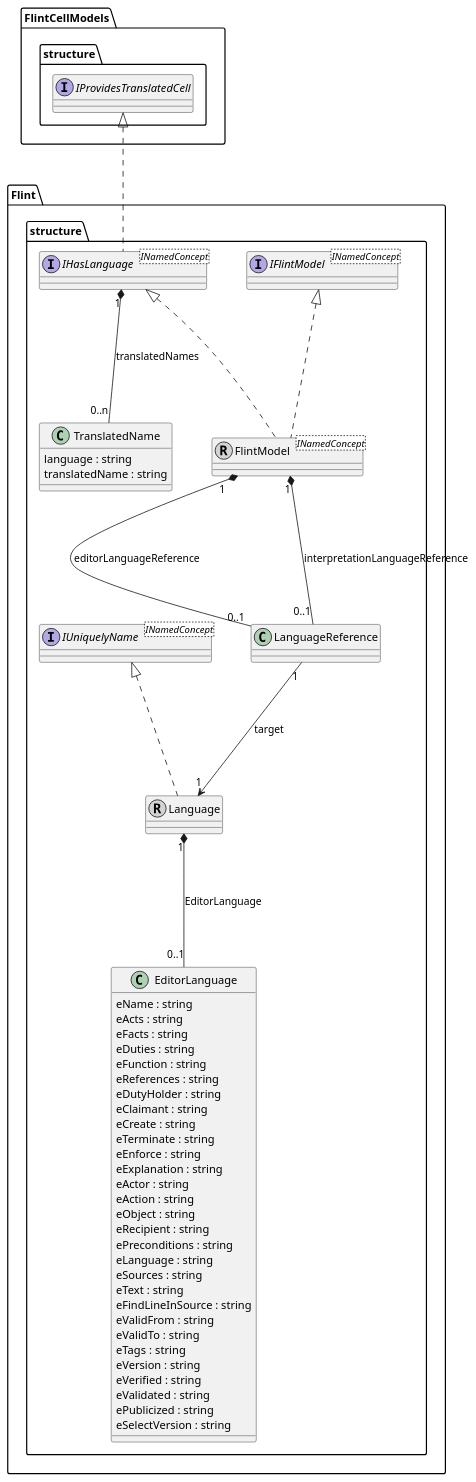
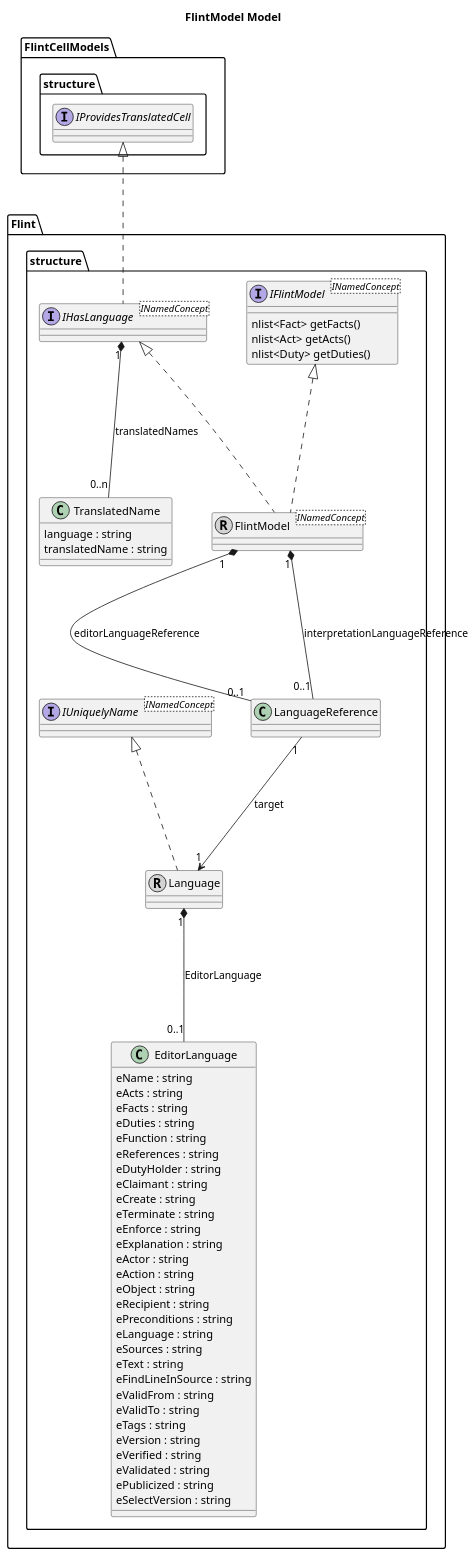
One commit to discipl/flinteditor-mps changed the diagram in docs/uml/flintmodel-model.puml. Above: the diagram before and after it, drawn with PlantUML. The commit also changed 13 other files, not shown here.

```diff
--- a/docs/uml/flintmodel-model.puml
+++ b/docs/uml/flintmodel-model.puml
@@ -1,55 +1,59 @@
 @startuml FlintModel-Model
+title FlintModel Model
 skinparam nodesep 50
 skinparam ranksep 150
 
 interface "Flint.structure.IFlintModel" <INamedConcept>
+"Flint.structure.IFlintModel" : nlist<Fact> getFacts()
+"Flint.structure.IFlintModel" : nlist<Act> getActs()
+"Flint.structure.IFlintModel" : nlist<Duty> getDuties()
 interface "Flint.structure.IHasLanguage" <INamedConcept>
 interface "FlintCellModels.structure.IProvidesTranslatedCell" 
 interface "Flint.structure.IUniquelyName" <INamedConcept>
 class "Flint.structure.Language"  << (R, lightgrey) >>
 class "Flint.structure.LanguageReference" 
 class "Flint.structure.FlintModel" <INamedConcept> << (R, lightgrey) >>
 class "Flint.structure.EditorLanguage"
 "Flint.structure.EditorLanguage" : eName : string
 "Flint.structure.EditorLanguage" : eActs : string
 "Flint.structure.EditorLanguage" : eFacts : string
 "Flint.structure.EditorLanguage" : eDuties : string
 "Flint.structure.EditorLanguage" : eFunction : string
 "Flint.structure.EditorLanguage" : eReferences : string
 "Flint.structure.EditorLanguage" : eDutyHolder : string
 "Flint.structure.EditorLanguage" : eClaimant : string
 "Flint.structure.EditorLanguage" : eCreate : string
 "Flint.structure.EditorLanguage" : eTerminate : string
 "Flint.structure.EditorLanguage" : eEnforce : string
 "Flint.structure.EditorLanguage" : eExplanation : string
 "Flint.structure.EditorLanguage" : eActor : string
 "Flint.structure.EditorLanguage" : eAction : string
 "Flint.structure.EditorLanguage" : eObject : string
 "Flint.structure.EditorLanguage" : eRecipient : string
 "Flint.structure.EditorLanguage" : ePreconditions : string
 "Flint.structure.EditorLanguage" : eLanguage : string
 "Flint.structure.EditorLanguage" : eSources : string
 "Flint.structure.EditorLanguage" : eText : string
 "Flint.structure.EditorLanguage" : eFindLineInSource : string
 "Flint.structure.EditorLanguage" : eValidFrom : string
 "Flint.structure.EditorLanguage" : eValidTo : string
 "Flint.structure.EditorLanguage" : eTags : string
 "Flint.structure.EditorLanguage" : eVersion : string
 "Flint.structure.EditorLanguage" : eVerified : string
 "Flint.structure.EditorLanguage" : eValidated : string
 "Flint.structure.EditorLanguage" : ePublicized : string
 "Flint.structure.EditorLanguage" : eSelectVersion : string  
 class "Flint.structure.TranslatedName" 
 "Flint.structure.TranslatedName" : language : string
 "Flint.structure.TranslatedName" : translatedName : string
 
 "FlintCellModels.structure.IProvidesTranslatedCell" <|.. "Flint.structure.IHasLanguage"
 "Flint.structure.IUniquelyName" <|.. "Flint.structure.Language"
 "Flint.structure.IFlintModel" <|.. "Flint.structure.FlintModel"
 "Flint.structure.IHasLanguage" <|.. "Flint.structure.FlintModel"
 "Flint.structure.Language" "1" *-- "0..1" "Flint.structure.EditorLanguage" : EditorLanguage
 "Flint.structure.LanguageReference" "1" --> "1" "Flint.structure.Language" : target
 "Flint.structure.IHasLanguage" "1" *-- "0..n" "Flint.structure.TranslatedName" : translatedNames
 "Flint.structure.FlintModel" "1" *-- "0..1" "Flint.structure.LanguageReference" : editorLanguageReference
 "Flint.structure.FlintModel" "1" *-- "0..1" "Flint.structure.LanguageReference" : interpretationLanguageReference
 @enduml
```
